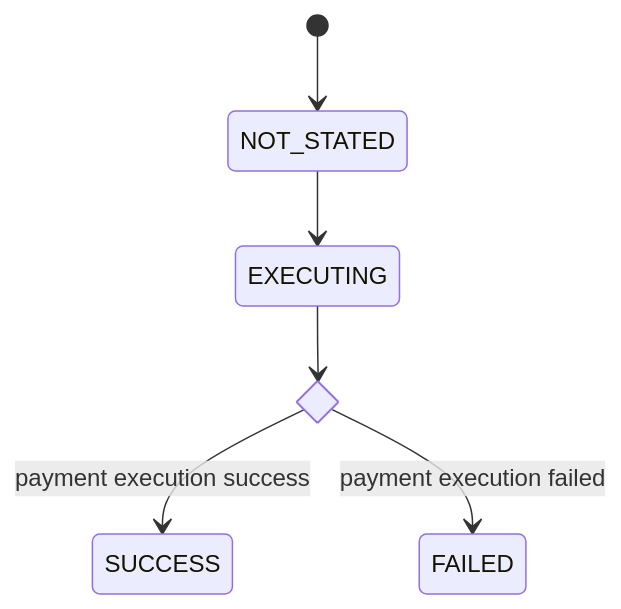
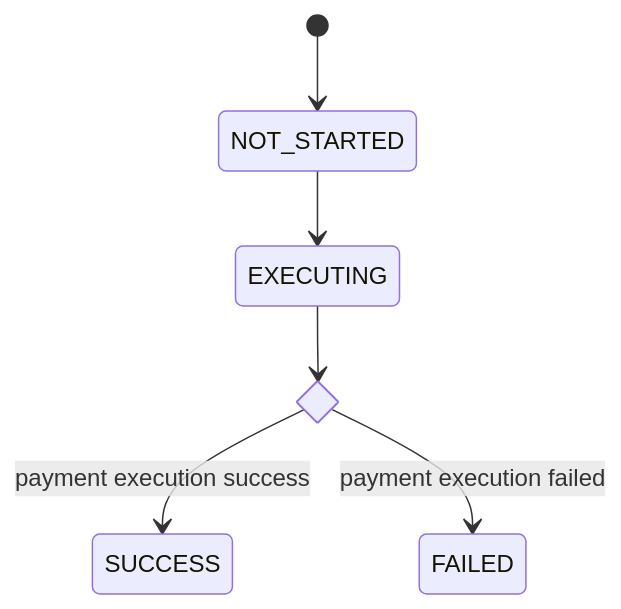
Before and after one commit to giwankim/til: the third of 3 diagrams in system-design/interview2/11-payment-system.md, drawn with Mermaid. The commit also changed other lines of this file and 50 other files, not shown here.

````diff
--- a/system-design/interview2/11-payment-system.md
+++ b/system-design/interview2/11-payment-system.md
@@ -158,9 +158,9 @@
 ```mermaid
 stateDiagram-v2
   state if_state <<choice>>
-  [*] --> NOT_STATED
-  NOT_STATED --> EXECUTING
+  [*] --> NOT_STARTED
+  NOT_STARTED --> EXECUTING
   EXECUTING --> if_state
   if_state --> SUCCESS: payment execution success
   if_state --> FAILED: payment execution failed
 ```
````
